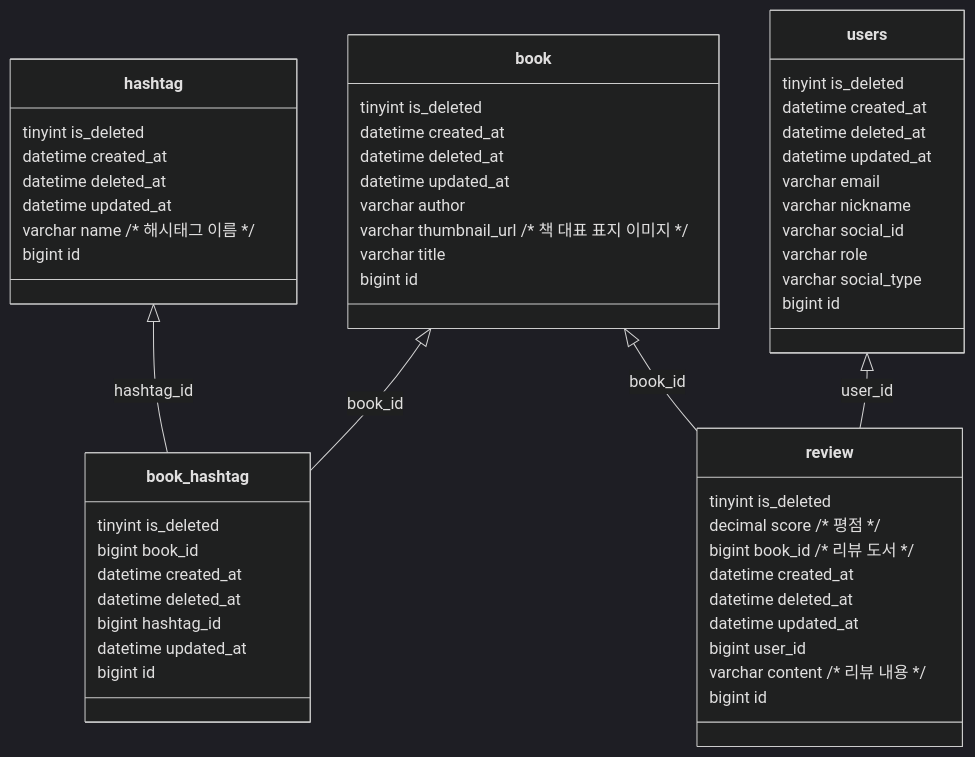
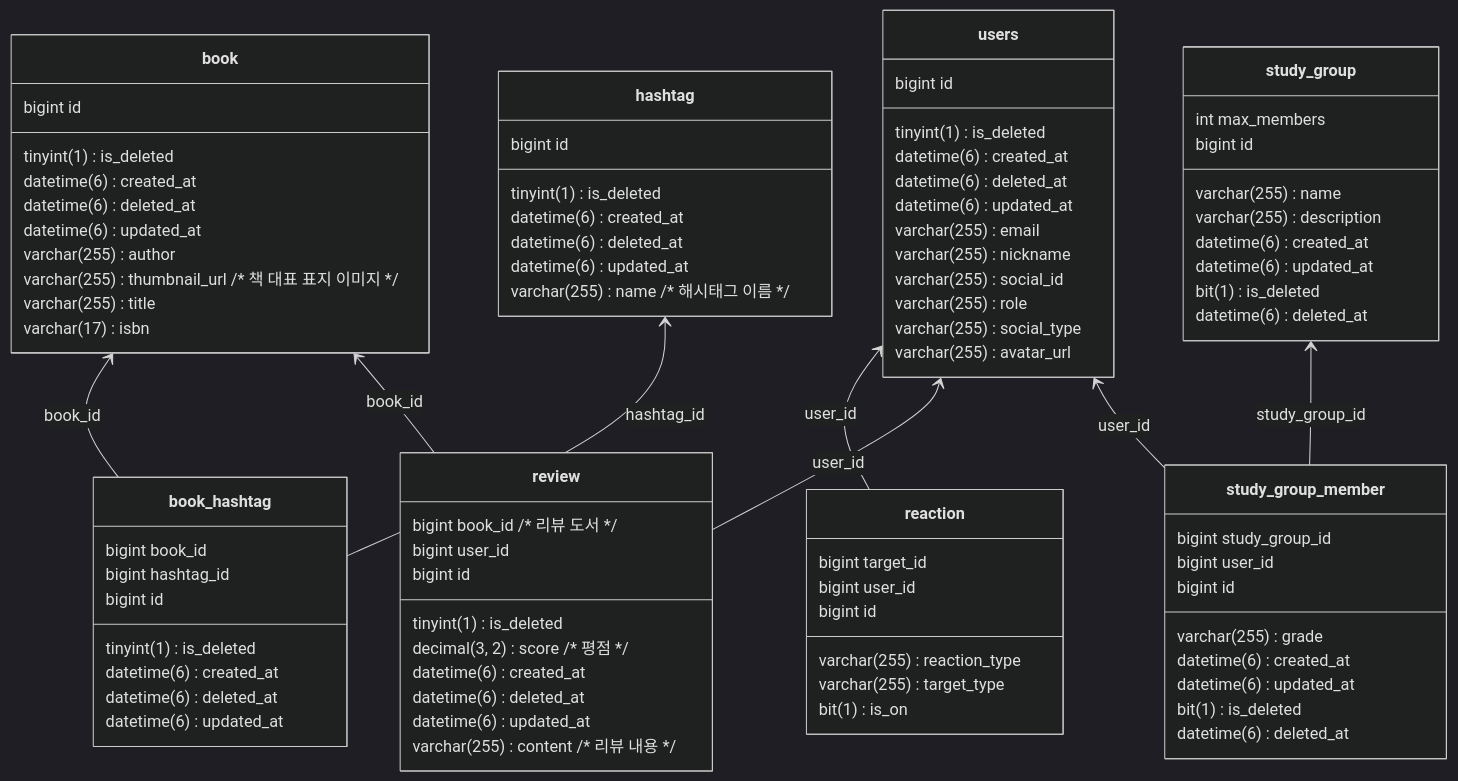
Before and after one commit to sadang-boogi/howread-back: the diagram in README.md, drawn with Mermaid (dark theme).

Commit message:
feat(README): ERD 수정

````diff
--- a/README.md
+++ b/README.md
@@ -15,60 +15,93 @@
 ```mermaid
 classDiagram
-direction BT
-class book {
-   tinyint is_deleted
-   datetime created_at
-   datetime deleted_at
-   datetime updated_at
-   varchar author
-   varchar thumbnail_url  /* 책 대표 표지 이미지 */
-   varchar title
-   bigint id
-}
-class book_hashtag {
-   tinyint is_deleted
-   bigint book_id
-   datetime created_at
-   datetime deleted_at
-   bigint hashtag_id
-   datetime updated_at
-   bigint id
-}
-class hashtag {
-   tinyint is_deleted
-   datetime created_at
-   datetime deleted_at
-   datetime updated_at
-   varchar name  /* 해시태그 이름 */
-   bigint id
-}
-class review {
-   tinyint is_deleted
-   decimal score  /* 평점 */
-   bigint book_id  /* 리뷰 도서 */
-   datetime created_at
-   datetime deleted_at
-   datetime updated_at
-   bigint user_id
-   varchar content  /* 리뷰 내용 */
-   bigint id
-}
-class users {
-   tinyint is_deleted
-   datetime created_at
-   datetime deleted_at
-   datetime updated_at
-   varchar email
-   varchar nickname
-   varchar social_id
-   varchar role
-   varchar social_type
-   bigint id
-}
+    direction BT
+    class book {
+        tinyint(1) is_deleted
+        datetime(6) created_at
+        datetime(6) deleted_at
+        datetime(6) updated_at
+        varchar(255) author
+        varchar(255) thumbnail_url /* 책 대표 표지 이미지 */
+        varchar(255) title
+        varchar(17) isbn
+        bigint id
+    }
+    class book_hashtag {
+        tinyint(1) is_deleted
+        bigint book_id
+        datetime(6) created_at
+        datetime(6) deleted_at
+        bigint hashtag_id
+        datetime(6) updated_at
+        bigint id
+    }
+    class hashtag {
+        tinyint(1) is_deleted
+        datetime(6) created_at
+        datetime(6) deleted_at
+        datetime(6) updated_at
+        varchar(255) name /* 해시태그 이름 */
+        bigint id
+    }
 
-review --|> users : user_id
-book_hashtag --|> book : book_id
-book_hashtag --|> hashtag : hashtag_id
-review --|> book : book_id
+    class reaction {
+        varchar(255) reaction_type
+        varchar(255) target_type
+        bigint target_id
+        bigint user_id
+        bit(1) is_on
+        bigint id
+    }
+    class review {
+        tinyint(1) is_deleted
+        decimal(3, 2) score /* 평점 */
+        bigint book_id /* 리뷰 도서 */
+        datetime(6) created_at
+        datetime(6) deleted_at
+        datetime(6) updated_at
+        bigint user_id
+        varchar(255) content /* 리뷰 내용 */
+        bigint id
+    }
+    class study_group {
+        varchar(255) name
+        varchar(255) description
+        int max_members
+        datetime(6) created_at
+        datetime(6) updated_at
+        bit(1) is_deleted
+        datetime(6) deleted_at
+        bigint id
+    }
+    class study_group_member {
+        bigint study_group_id
+        bigint user_id
+        varchar(255) grade
+        datetime(6) created_at
+        datetime(6) updated_at
+        bit(1) is_deleted
+        datetime(6) deleted_at
+        bigint id
+    }
+    class users {
+        tinyint(1) is_deleted
+        datetime(6) created_at
+        datetime(6) deleted_at
+        datetime(6) updated_at
+        varchar(255) email
+        varchar(255) nickname
+        varchar(255) social_id
+        varchar(255) role
+        varchar(255) social_type
+        varchar(255) avatar_url
+        bigint id
+    }
 
+    book_hashtag --> book: book_id
+    book_hashtag --> hashtag: hashtag_id
+    reaction --> users: user_id
+    review --> book: book_id
+    review --> users: user_id
+    study_group_member --> study_group: study_group_id
+    study_group_member --> users: user_id
 ```
````
